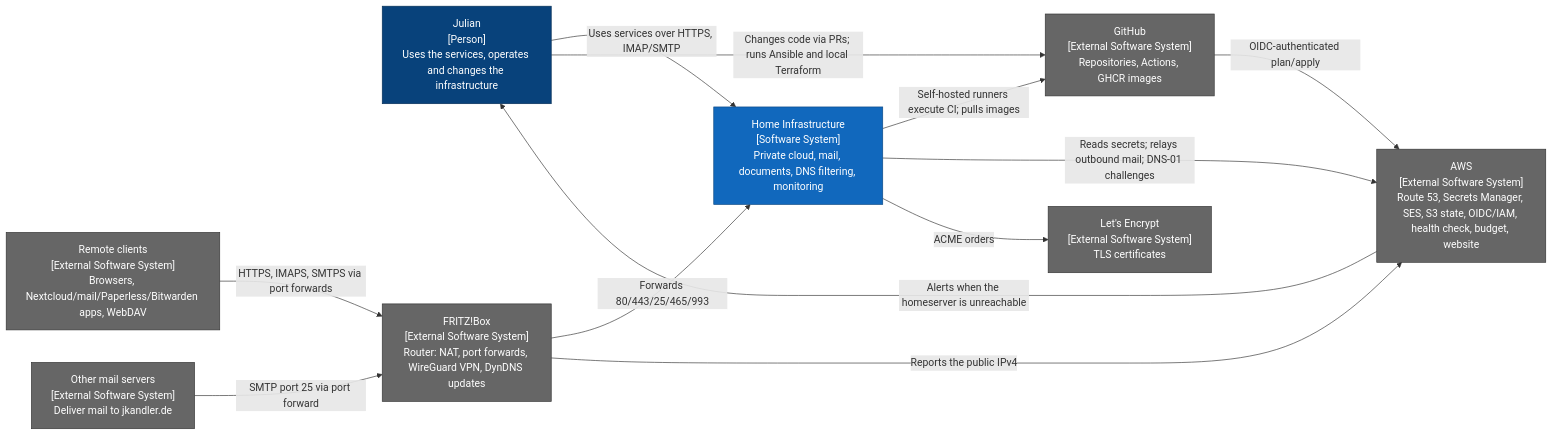
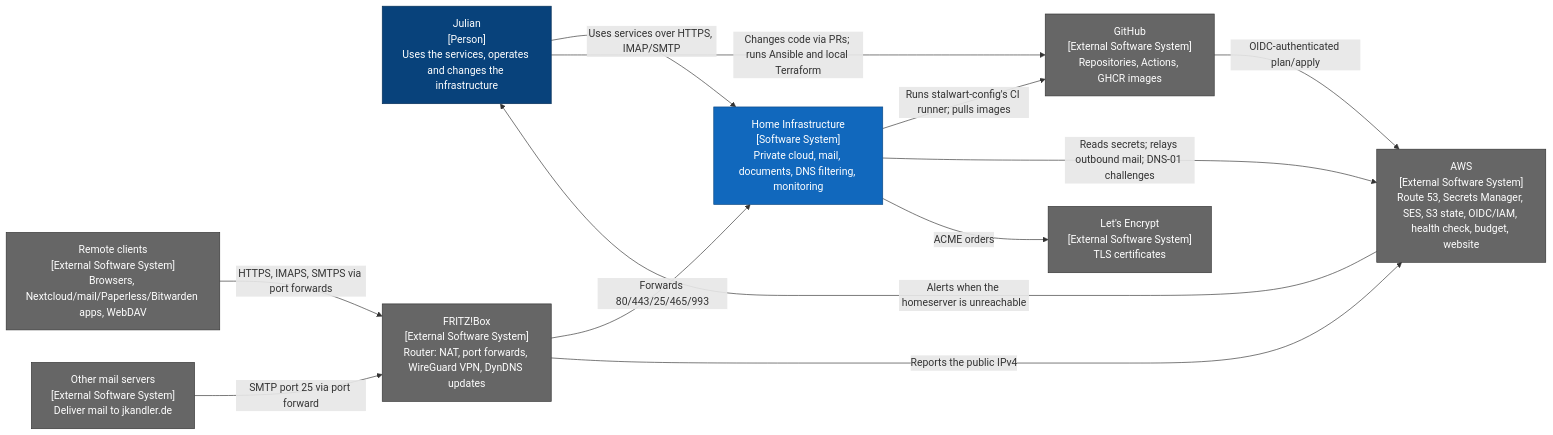
The diagram in docs/architecture/current/system-context.md (KandlerLi/home-infra-docs), drawn with Mermaid before and after one commit. The commit also changed other lines of this file and 12 other files, not shown here.

First line of the commit message:
Docs: CI on GitHub-hosted runners, runner without dind, k3s agent token (#93)

````diff
--- a/docs/architecture/current/system-context.md
+++ b/docs/architecture/current/system-context.md
@@ -7,32 +7,32 @@
 ```mermaid
 flowchart LR
     julian["Julian<br/>[Person]<br/>Uses the services, operates and changes the infrastructure"]
     clients["Remote clients<br/>[External Software System]<br/>Browsers, Nextcloud/mail/Paperless/Bitwarden apps, WebDAV"]
     mailers["Other mail servers<br/>[External Software System]<br/>Deliver mail to jkandler.de"]
 
     home["Home Infrastructure<br/>[Software System]<br/>Private cloud, mail, documents, DNS filtering, monitoring"]
 
     github["GitHub<br/>[External Software System]<br/>Repositories, Actions, GHCR images"]
     aws["AWS<br/>[External Software System]<br/>Route 53, Secrets Manager, SES, S3 state, OIDC/IAM, health check, budget, website"]
     letsencrypt["Let's Encrypt<br/>[External Software System]<br/>TLS certificates"]
     fritz["FRITZ!Box<br/>[External Software System]<br/>Router: NAT, port forwards, WireGuard VPN, DynDNS updates"]
 
     julian -->|"Uses services over HTTPS, IMAP/SMTP"| home
     julian -->|"Changes code via PRs; runs Ansible and local Terraform"| github
     clients -->|"HTTPS, IMAPS, SMTPS via port forwards"| fritz
     mailers -->|"SMTP port 25 via port forward"| fritz
     fritz -->|"Forwards 80/443/25/465/993"| home
     fritz -->|"Reports the public IPv4"| aws
-    home -->|"Self-hosted runners execute CI; pulls images"| github
+    home -->|"Runs stalwart-config's CI runner; pulls images"| github
     github -->|"OIDC-authenticated plan/apply"| aws
     home -->|"Reads secrets; relays outbound mail; DNS-01 challenges"| aws
     home -->|"ACME orders"| letsencrypt
     aws -->|"Alerts when the homeserver is unreachable"| julian
 
     classDef person fill:#08427b,color:#fff,stroke:#052e56
     classDef system fill:#1168bd,color:#fff,stroke:#0b4884
     classDef external fill:#666,color:#fff,stroke:#333
     class julian person
     class home system
     class clients,mailers,github,aws,letsencrypt,fritz external
 ```
````
